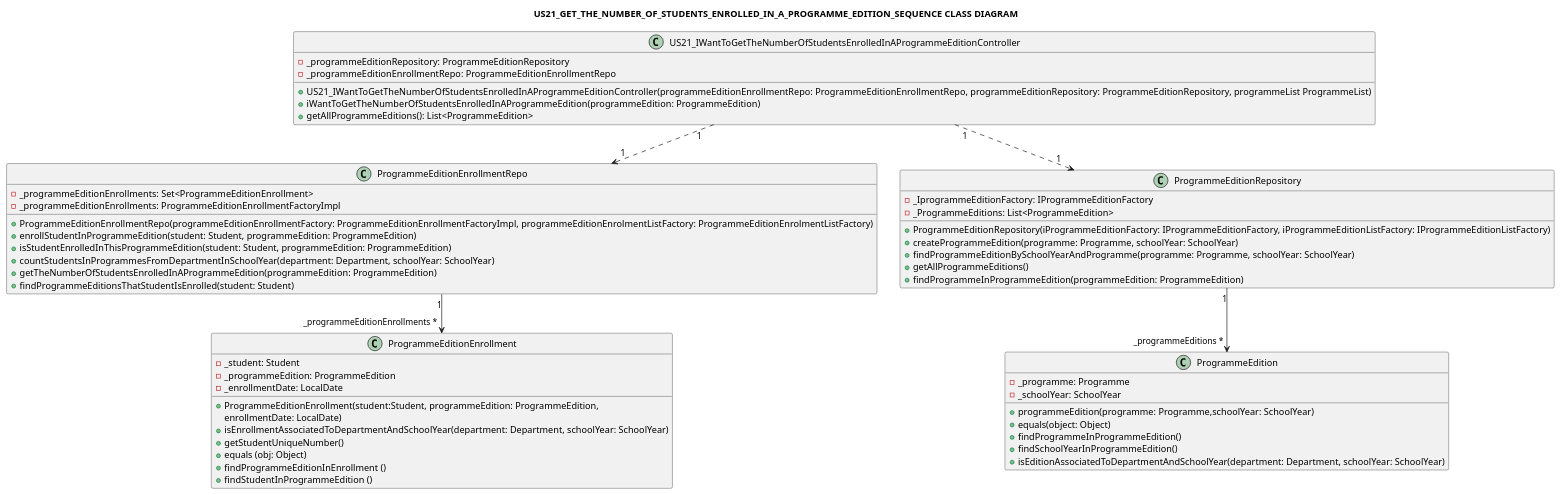
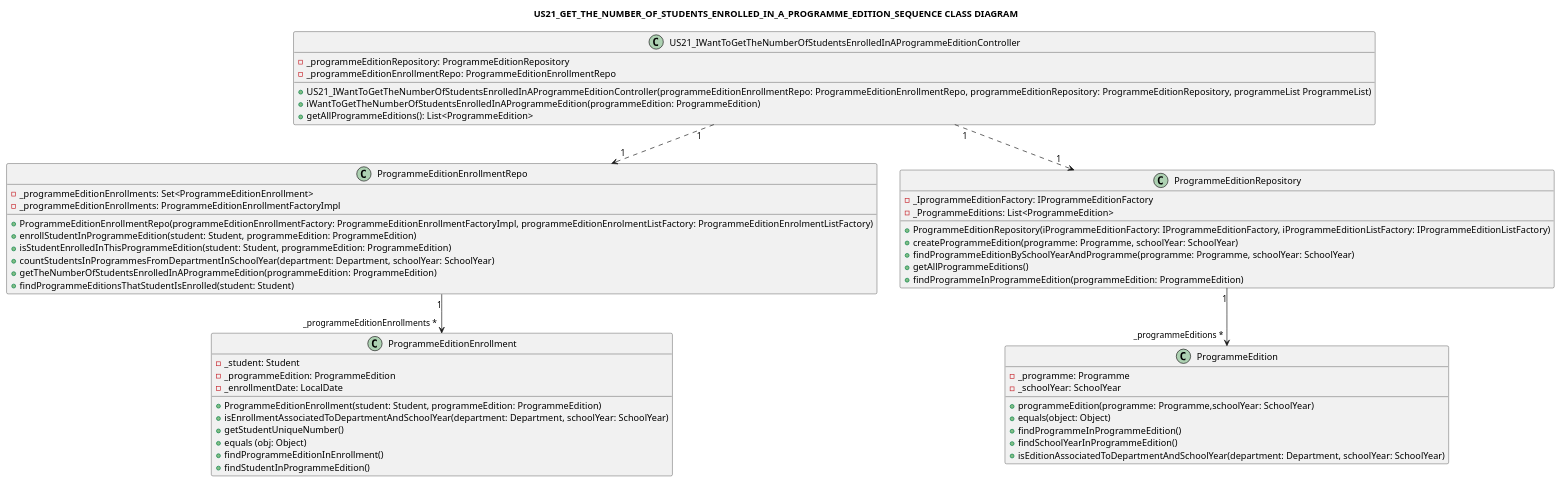
One commit to GasparISEP/DevOps-PAI changed the diagram in docs/US21/US21_IWantToGetTheNumberOfStudentsEnrolledInAProgrammeEdition_ClassDiagram.puml. Above: the diagram before and after it, drawn with PlantUML.

Commit message:
US21_ClassDiagram: Update Class methods

```diff
--- a/docs/US21/US21_IWantToGetTheNumberOfStudentsEnrolledInAProgrammeEdition_ClassDiagram.puml
+++ b/docs/US21/US21_IWantToGetTheNumberOfStudentsEnrolledInAProgrammeEdition_ClassDiagram.puml
@@ -1,63 +1,62 @@
 @startuml
 
 title: US21_GET_THE_NUMBER_OF_STUDENTS_ENROLLED_IN_A_PROGRAMME_EDITION_SEQUENCE CLASS DIAGRAM
 
 class US21_IWantToGetTheNumberOfStudentsEnrolledInAProgrammeEditionController {
     -_programmeEditionRepository: ProgrammeEditionRepository
     -_programmeEditionEnrollmentRepo: ProgrammeEditionEnrollmentRepo
     +US21_IWantToGetTheNumberOfStudentsEnrolledInAProgrammeEditionController(programmeEditionEnrollmentRepo: ProgrammeEditionEnrollmentRepo, programmeEditionRepository: ProgrammeEditionRepository, programmeList ProgrammeList)
     +iWantToGetTheNumberOfStudentsEnrolledInAProgrammeEdition(programmeEdition: ProgrammeEdition)
     +getAllProgrammeEditions(): List<ProgrammeEdition>
 }
 
 class ProgrammeEditionEnrollmentRepo {
     -_programmeEditionEnrollments: Set<ProgrammeEditionEnrollment>
     -_programmeEditionEnrollments: ProgrammeEditionEnrollmentFactoryImpl
     +ProgrammeEditionEnrollmentRepo(programmeEditionEnrollmentFactory: ProgrammeEditionEnrollmentFactoryImpl, programmeEditionEnrolmentListFactory: ProgrammeEditionEnrolmentListFactory)
     +enrollStudentInProgrammeEdition(student: Student, programmeEdition: ProgrammeEdition)
     +isStudentEnrolledInThisProgrammeEdition(student: Student, programmeEdition: ProgrammeEdition)
     +countStudentsInProgrammesFromDepartmentInSchoolYear(department: Department, schoolYear: SchoolYear)
     +getTheNumberOfStudentsEnrolledInAProgrammeEdition(programmeEdition: ProgrammeEdition)
     +findProgrammeEditionsThatStudentIsEnrolled(student: Student)
 }
 
 class ProgrammeEditionRepository {
     -_IprogrammeEditionFactory: IProgrammeEditionFactory
     -_ProgrammeEditions: List<ProgrammeEdition>
     +ProgrammeEditionRepository(iProgrammeEditionFactory: IProgrammeEditionFactory, iProgrammeEditionListFactory: IProgrammeEditionListFactory)
     +createProgrammeEdition(programme: Programme, schoolYear: SchoolYear)
     +findProgrammeEditionBySchoolYearAndProgramme(programme: Programme, schoolYear: SchoolYear)
     +getAllProgrammeEditions()
     +findProgrammeInProgrammeEdition(programmeEdition: ProgrammeEdition)
 }
 
 class ProgrammeEditionEnrollment {
     -_student: Student
     -_programmeEdition: ProgrammeEdition
     -_enrollmentDate: LocalDate
-    +ProgrammeEditionEnrollment(student:Student, programmeEdition: ProgrammeEdition,
-     enrollmentDate: LocalDate)
+    +ProgrammeEditionEnrollment(student: Student, programmeEdition: ProgrammeEdition)
     +isEnrollmentAssociatedToDepartmentAndSchoolYear(department: Department, schoolYear: SchoolYear)
     +getStudentUniqueNumber()
     +equals (obj: Object)
-    +findProgrammeEditionInEnrollment ()
-    +findStudentInProgrammeEdition ()
+    +findProgrammeEditionInEnrollment()
+    +findStudentInProgrammeEdition()
 }
 
 class ProgrammeEdition {
     -_programme: Programme
     -_schoolYear: SchoolYear
     +programmeEdition(programme: Programme,schoolYear: SchoolYear)
     +equals(object: Object)
     +findProgrammeInProgrammeEdition()
     +findSchoolYearInProgrammeEdition()
     +isEditionAssociatedToDepartmentAndSchoolYear(department: Department, schoolYear: SchoolYear)
 }
 
 
 US21_IWantToGetTheNumberOfStudentsEnrolledInAProgrammeEditionController "1" ..> "1" ProgrammeEditionRepository
 US21_IWantToGetTheNumberOfStudentsEnrolledInAProgrammeEditionController "1" ..> "1" ProgrammeEditionEnrollmentRepo
 ProgrammeEditionEnrollmentRepo "1" --> "_programmeEditionEnrollments *" ProgrammeEditionEnrollment
 ProgrammeEditionRepository "1" --> "_programmeEditions *" ProgrammeEdition
 
 @enduml
```
